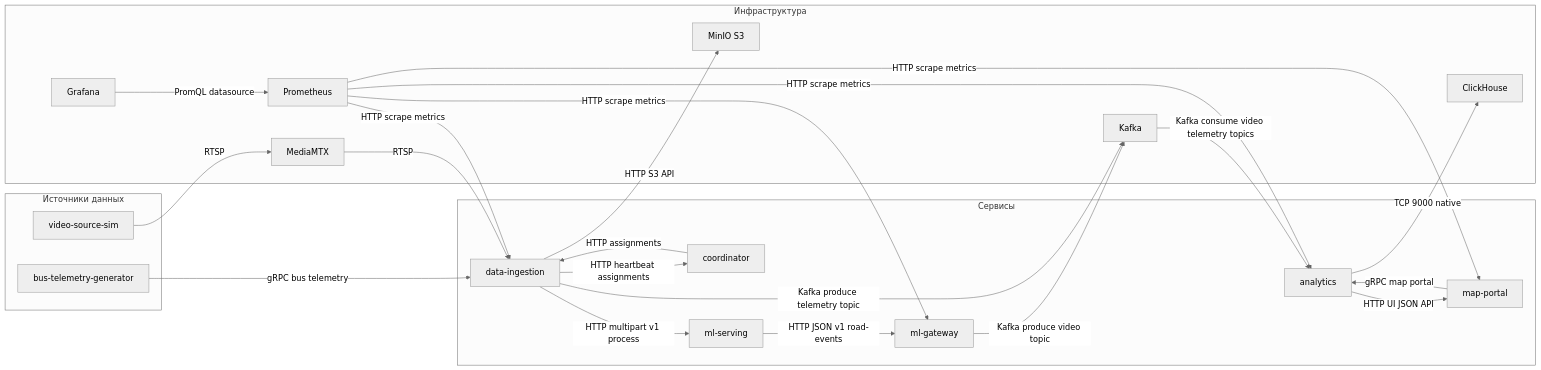
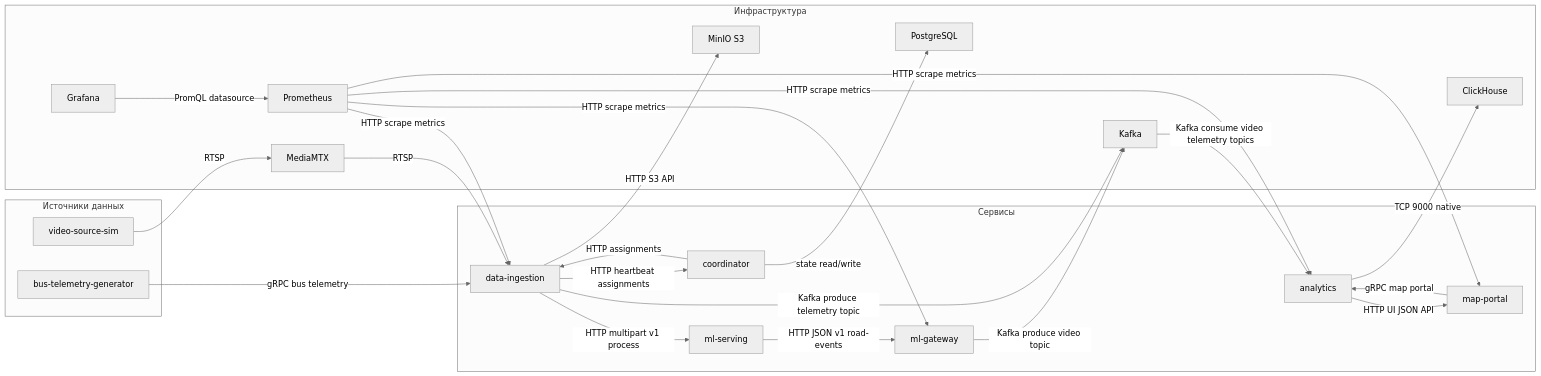
One commit to Phund4/its-project changed the first of 2 diagrams in README.md. Above: the diagram before and after it, drawn with Mermaid (neutral theme). The commit also changed other lines of this file and 1 other file, not shown here.

Commit message:
add postresql into diagram

````diff
--- a/README.md
+++ b/README.md
@@ -5,48 +5,50 @@
 ```mermaid
 flowchart LR
   subgraph Producers["Источники данных"]
     VideoSim[video-source-sim]
     BusGen[bus-telemetry-generator]
   end
 
   subgraph Services["Сервисы"]
     DI[data-ingestion]
     COORD[coordinator]
     MLS[ml-serving]
     MLG[ml-gateway]
     AN[analytics]
     MP[map-portal]
   end
 
   subgraph Infra["Инфраструктура"]
     MTX[MediaMTX]
     MinIO[MinIO S3]
     KFK[Kafka]
     CH[ClickHouse]
+    PG[PostgreSQL]
     Prom[Prometheus]
     Graf[Grafana]
   end
 
   VideoSim -->|RTSP| MTX
   DI -->|HTTP heartbeat assignments| COORD
   COORD -->|HTTP assignments| DI
+  COORD -->|state read/write| PG
   MTX -->|RTSP| DI
   DI -->|HTTP S3 API| MinIO
   DI -->|HTTP multipart v1 process| MLS
   MLS -->|HTTP JSON v1 road-events| MLG
   MLG -->|Kafka produce video topic| KFK
   KFK -->|Kafka consume video telemetry topics| AN
   AN -->|TCP 9000 native| CH
 
   BusGen -->|gRPC bus telemetry| DI
   DI -->|Kafka produce telemetry topic| KFK
 
   MP -->|gRPC map portal| AN
   AN -->|HTTP UI JSON API| MP
 
   Prom -->|HTTP scrape metrics| DI
   Prom -->|HTTP scrape metrics| MLG
   Prom -->|HTTP scrape metrics| AN
   Prom -->|HTTP scrape metrics| MP
   Graf -->|PromQL datasource| Prom
 ```
````
